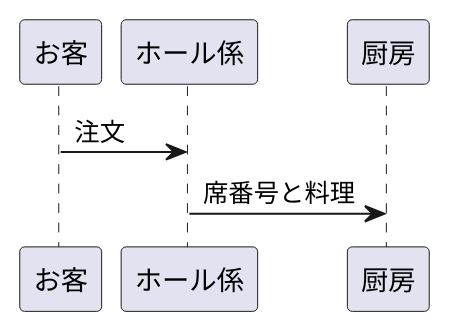
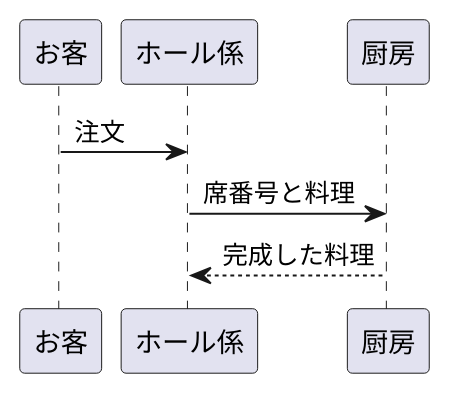
One commit to Aso2001174/2021sys-design changed the diagram in kadai4-3.md. Above: the diagram before and after it, drawn with PlantUML.

````diff
--- a/kadai4-3.md
+++ b/kadai4-3.md
@@ -1,8 +1,8 @@
 ```uml
 @startuml
 お客 -> ホール係 : 注文
 ホール係 -> 厨房 : 席番号と料理
-
+厨房 --> ホール係 : 完成した料理
 
 @enduml
 ```
````
